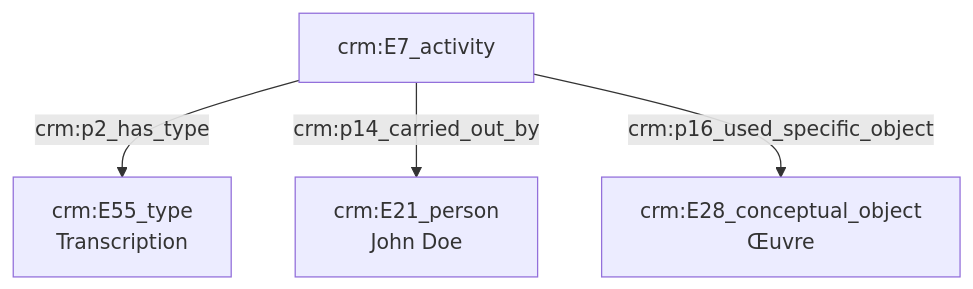
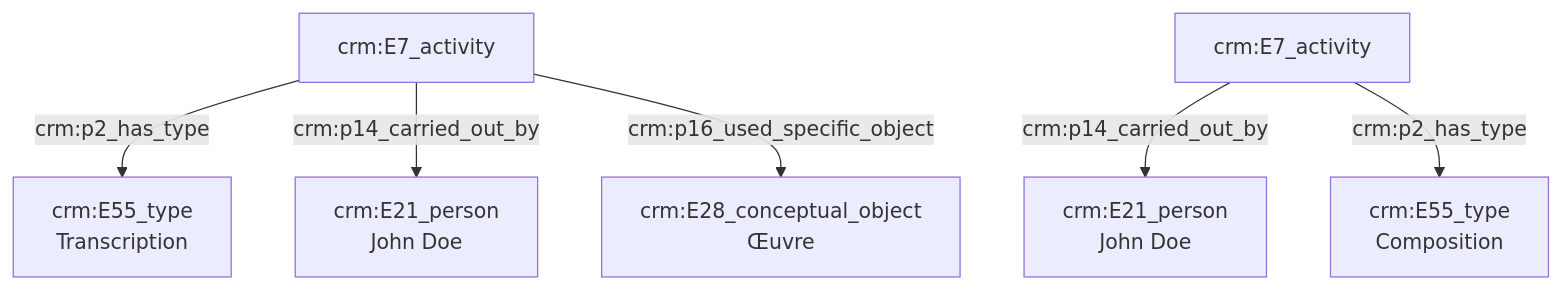
One commit to Amleth/consortium-musica2-gt2-ontologies changed the diagram in modules/livrables/Dossier 2/Indexation conceptuelle/transcription d'une œuvre.md. Above: the diagram before and after it, drawn with Mermaid.

Commit message:
Update transcription d'une œuvre.md

````diff
--- a/modules/livrables/Dossier 2/Indexation conceptuelle/transcription d'une œuvre.md
+++ b/modules/livrables/Dossier 2/Indexation conceptuelle/transcription d'une œuvre.md
@@ -12,8 +12,12 @@
 ```mermaid
 graph TD;
 
 A[crm:E7_activity] --> |crm:p2_has_type| B[crm:E55_type<br>Transcription]
 A[crm:E7_activity] --> |crm:p14_carried_out_by| C[crm:E21_person<br>John Doe]
 A[crm:E7_activity] --> |crm:p16_used_specific_object| D[crm:E28_conceptual_object<br>Œuvre]
 
+
+E[crm:E7_activity] --> |crm:p14_carried_out_by| F[crm:E21_person<br>John Doe]
+E[crm:E7_activity] --> |crm:p2_has_type| G[crm:E55_type<br>Composition]
+
 ```
````
